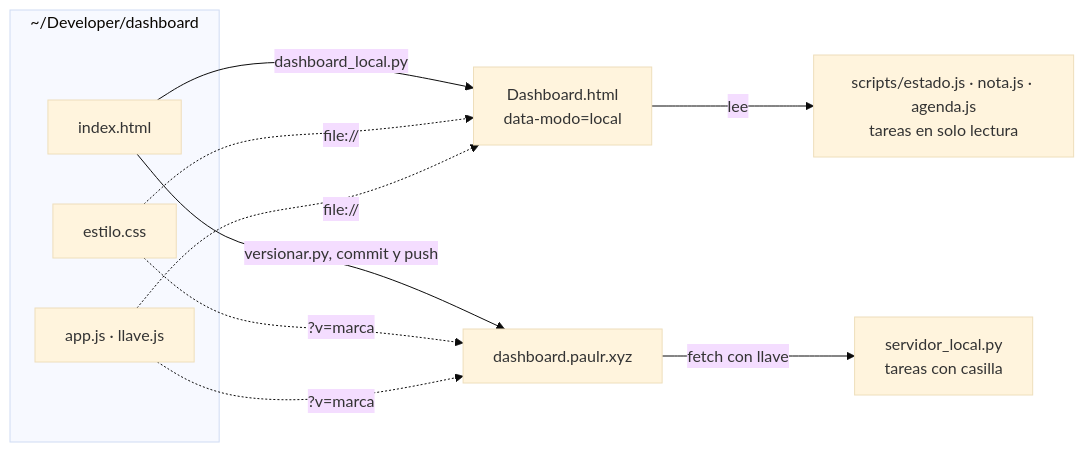
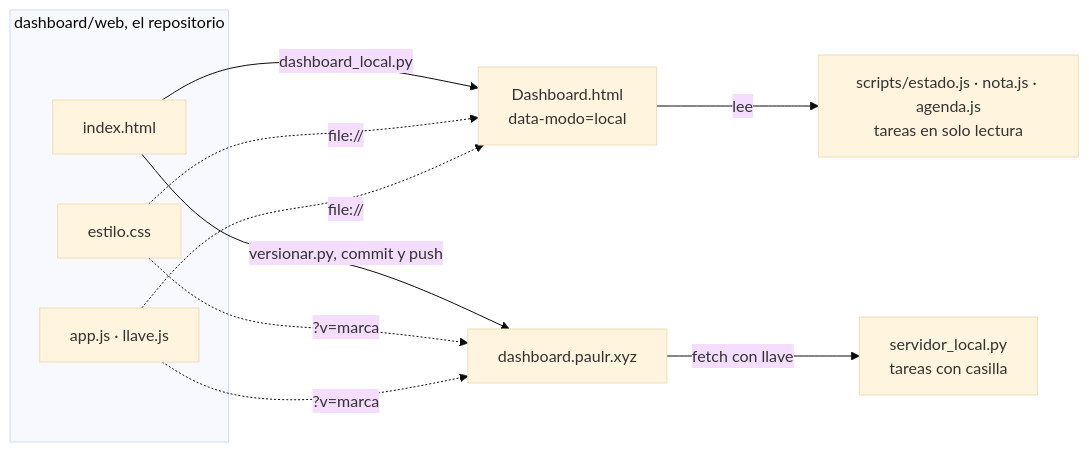
The sixth of 7 diagrams in README.md (paul-rz/dashboard), drawn with Mermaid (base theme) before and after one commit. The commit also changed other lines of this file and 3 other files, not shown here.

````diff
--- a/README.md
+++ b/README.md
@@ -157,16 +170,16 @@
 ```mermaid
 flowchart LR
-  subgraph R["~/Developer/dashboard"]
+  subgraph R["dashboard/web, el repositorio"]
     I["index.html"]
     C["estilo.css"]
     J["app.js · llave.js"]
   end
   I -->|"dashboard_local.py"| L["Dashboard.html<br/>data-modo=local"]
   C -.->|"file://"| L
   J -.->|"file://"| L
   L -->|"lee"| D["scripts/estado.js · nota.js · agenda.js<br/>tareas en solo lectura"]
   I -->|"versionar.py, commit y push"| W["dashboard.paulr.xyz"]
   C -.->|"?v=marca"| W
   J -.->|"?v=marca"| W
   W -->|"fetch con llave"| S["servidor_local.py<br/>tareas con casilla"]
 ```
````
